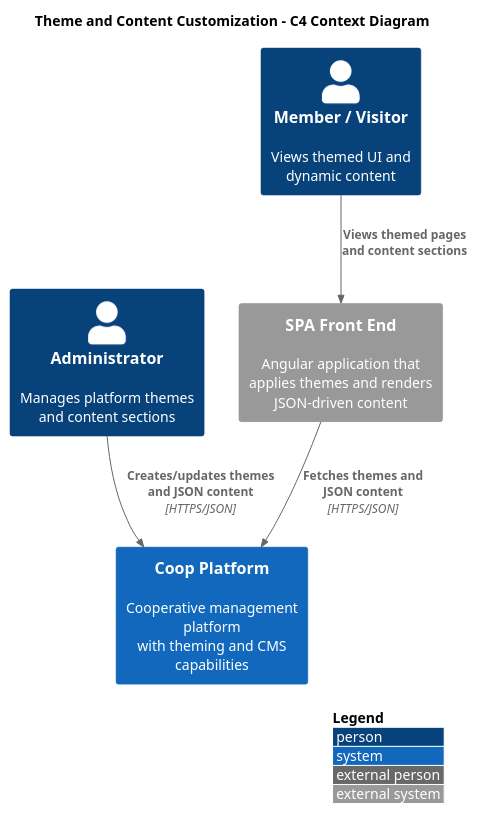
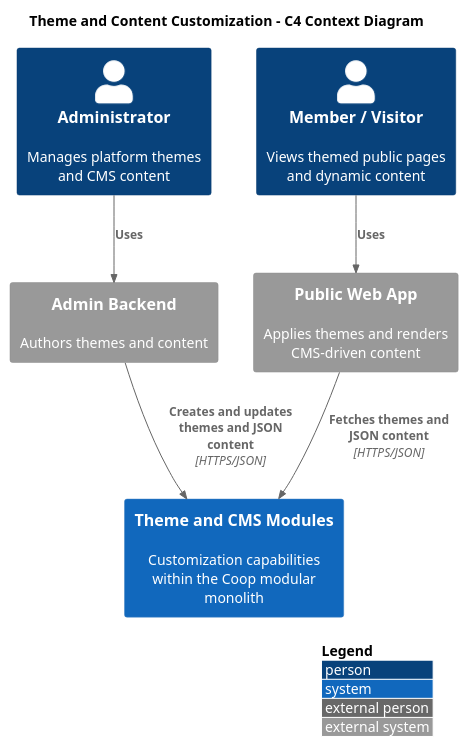
One commit to QuinntyneBrown/Coop changed the diagram in docs/detailed-designs/10-theme-and-content-customization/c4-context.puml. Above: the diagram before and after it, drawn with PlantUML. The commit also changed 4 other files, not shown here.

Commit message:
Update C4 diagrams for document, digital asset, and theme modules

```diff
--- a/docs/detailed-designs/10-theme-and-content-customization/c4-context.puml
+++ b/docs/detailed-designs/10-theme-and-content-customization/c4-context.puml
@@ -1,20 +1,22 @@
 @startuml c4-context
 
 !include https://raw.githubusercontent.com/plantuml-stdlib/C4-PlantUML/master/C4_Context.puml
 
 LAYOUT_WITH_LEGEND()
 
 title Theme and Content Customization - C4 Context Diagram
 
-Person(admin, "Administrator", "Manages platform themes\nand content sections")
-Person(member, "Member / Visitor", "Views themed UI and\ndynamic content")
+Person(admin, "Administrator", "Manages platform themes and CMS content")
+Person(member, "Member / Visitor", "Views themed public pages and dynamic content")
 
-System(coop, "Coop Platform", "Cooperative management platform\nwith theming and CMS capabilities")
+System(coop, "Theme and CMS Modules", "Customization capabilities within the Coop modular monolith")
 
-System_Ext(browser, "SPA Front End", "Angular application that\napplies themes and renders\nJSON-driven content")
+System_Ext(publicApp, "Public Web App", "Applies themes and renders CMS-driven content")
+System_Ext(adminApp, "Admin Backend", "Authors themes and content")
 
-Rel(admin, coop, "Creates/updates themes\nand JSON content", "HTTPS/JSON")
-Rel(member, browser, "Views themed pages\nand content sections")
-Rel(browser, coop, "Fetches themes and\nJSON content", "HTTPS/JSON")
+Rel(admin, adminApp, "Uses")
+Rel(member, publicApp, "Uses")
+Rel(adminApp, coop, "Creates and updates themes and JSON content", "HTTPS/JSON")
+Rel(publicApp, coop, "Fetches themes and JSON content", "HTTPS/JSON")
 
 @enduml
```
